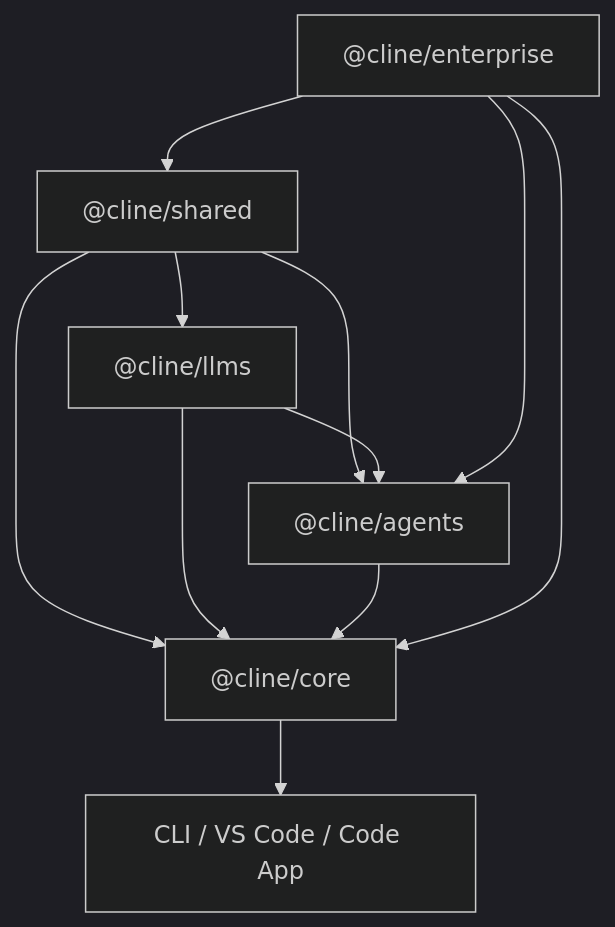
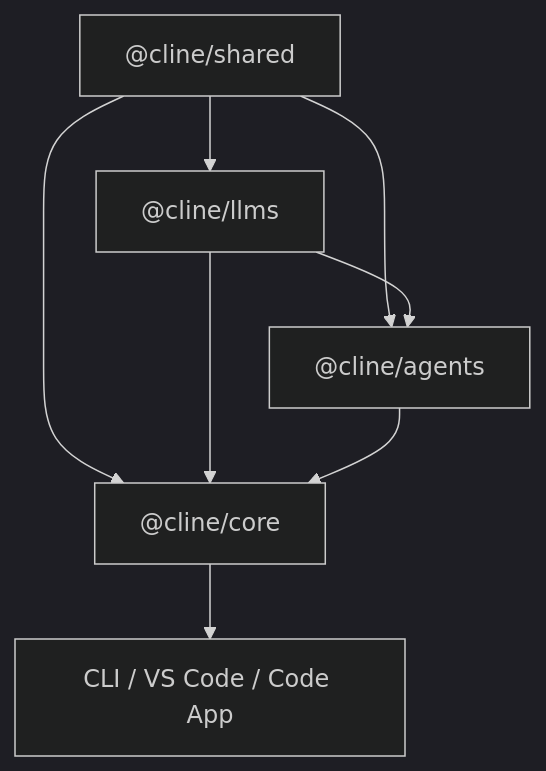
Before and after one commit to Dastan-Prince/cline-cn: the diagram in sdk/AGENTS.md, drawn with Mermaid (dark theme). The commit also changed other lines of this file and 55 other files, not shown here.

````diff
--- a/sdk/AGENTS.md
+++ b/sdk/AGENTS.md
@@ -26,8 +22,7 @@
 ```mermaid
 flowchart TD
   shared["@cline/shared"] --> llms["@cline/llms"] & agents["@cline/agents"] & core["@cline/core"]
   llms --> agents & core
   agents --> core
-  enterprise["@cline/enterprise"] --> agents & core & shared
   core --> apps["CLI / VS Code / Code App"]
 ```
````
